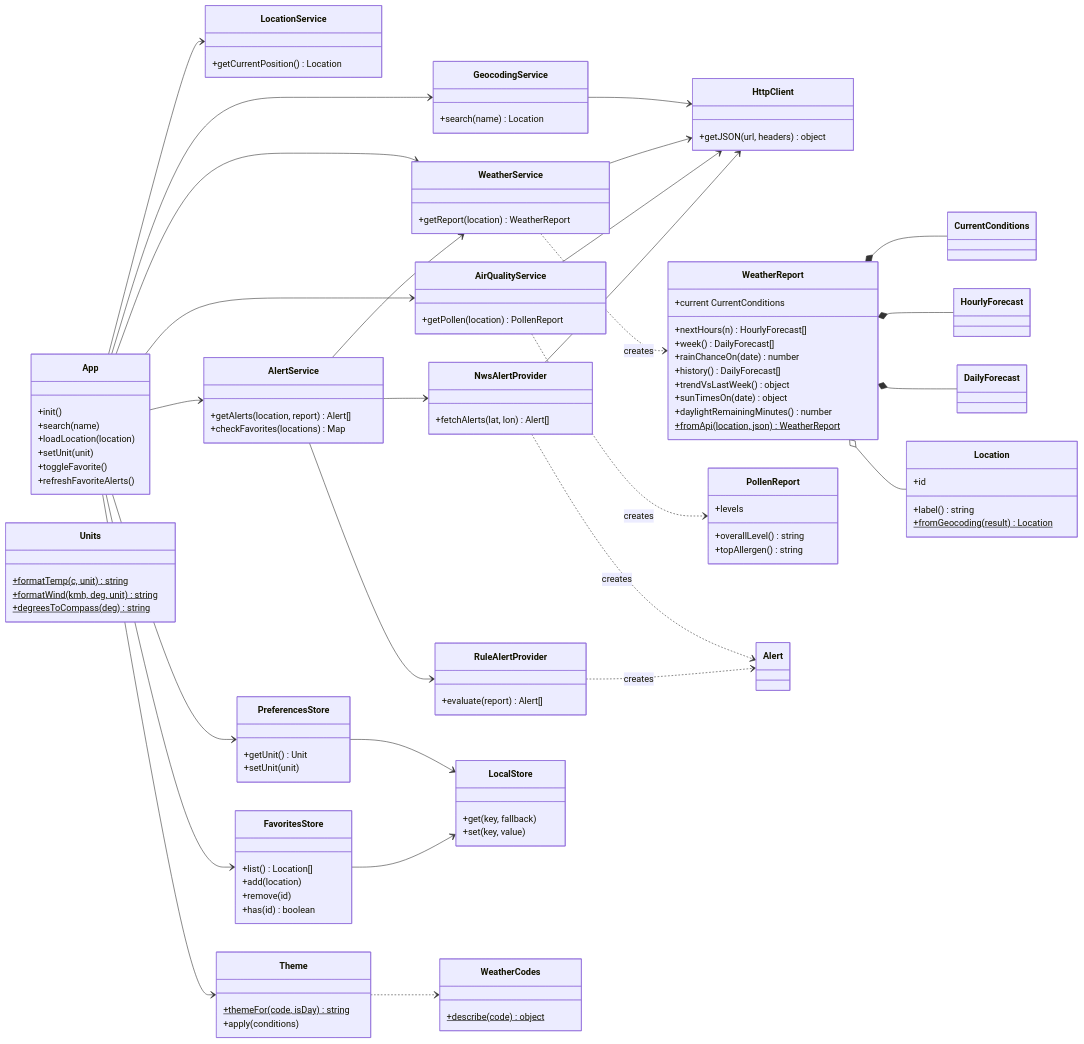
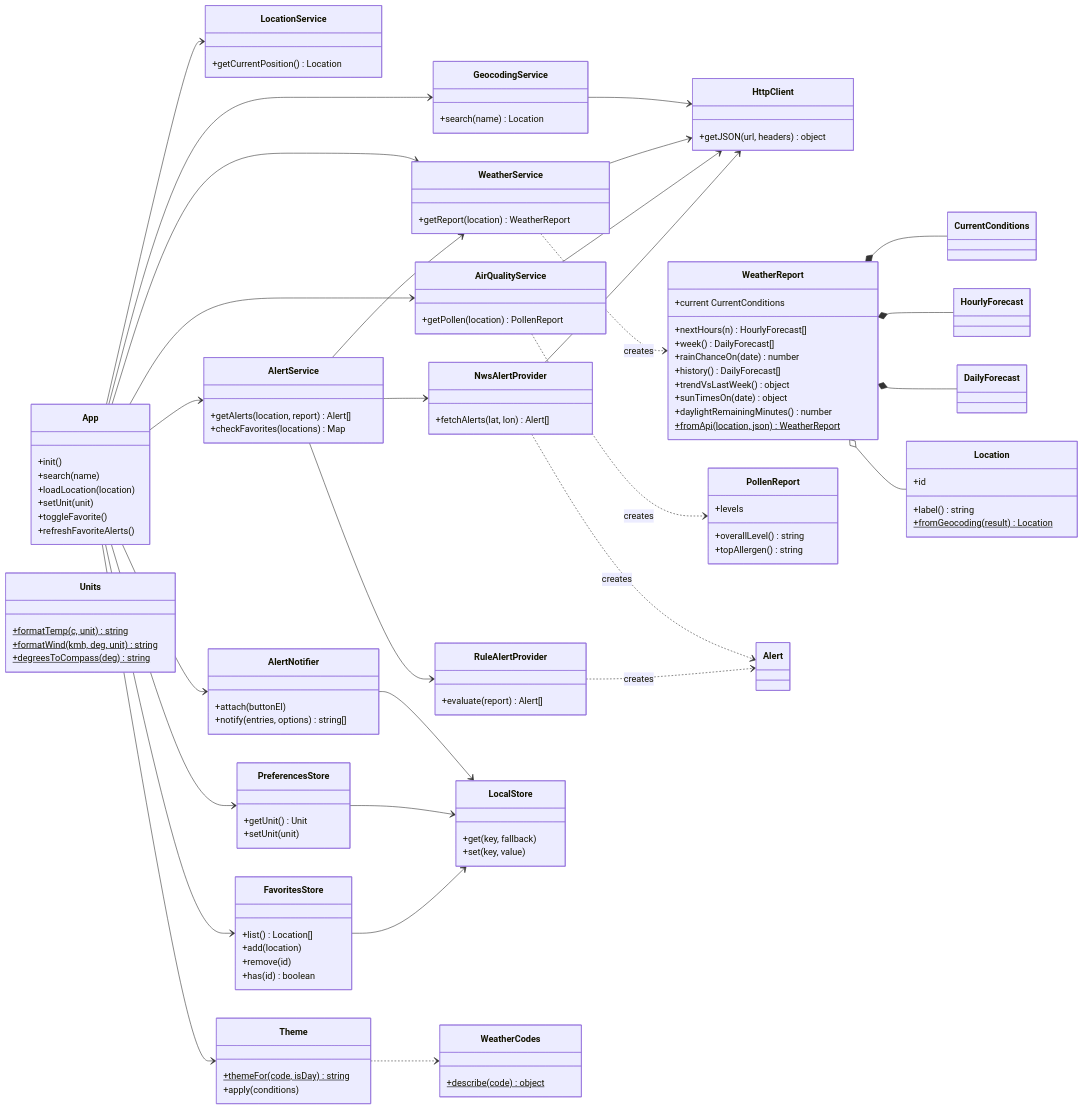
Before and after one commit to Billyye4/SSW-555_WeatherWebApp: the second of 3 diagrams in docs/ARCHITECTURE.md, drawn with Mermaid. The commit also changed other lines of this file, not shown here.

Commit message:
docs: document AlertNotifier, Alert ids, and seen-alert storage (US-07)

```diff
--- a/docs/ARCHITECTURE.md
+++ b/docs/ARCHITECTURE.md
@@ -504,7 +516,13 @@
     +themeFor(code, isDay)$ string
     +apply(conditions)
   }
+  class AlertNotifier {
+    +attach(buttonEl)
+    +notify(entries, options) string[]
+  }
 
+  App --> AlertNotifier
+  AlertNotifier --> LocalStore
   App --> GeocodingService
   App --> LocationService
   App --> WeatherService
```
